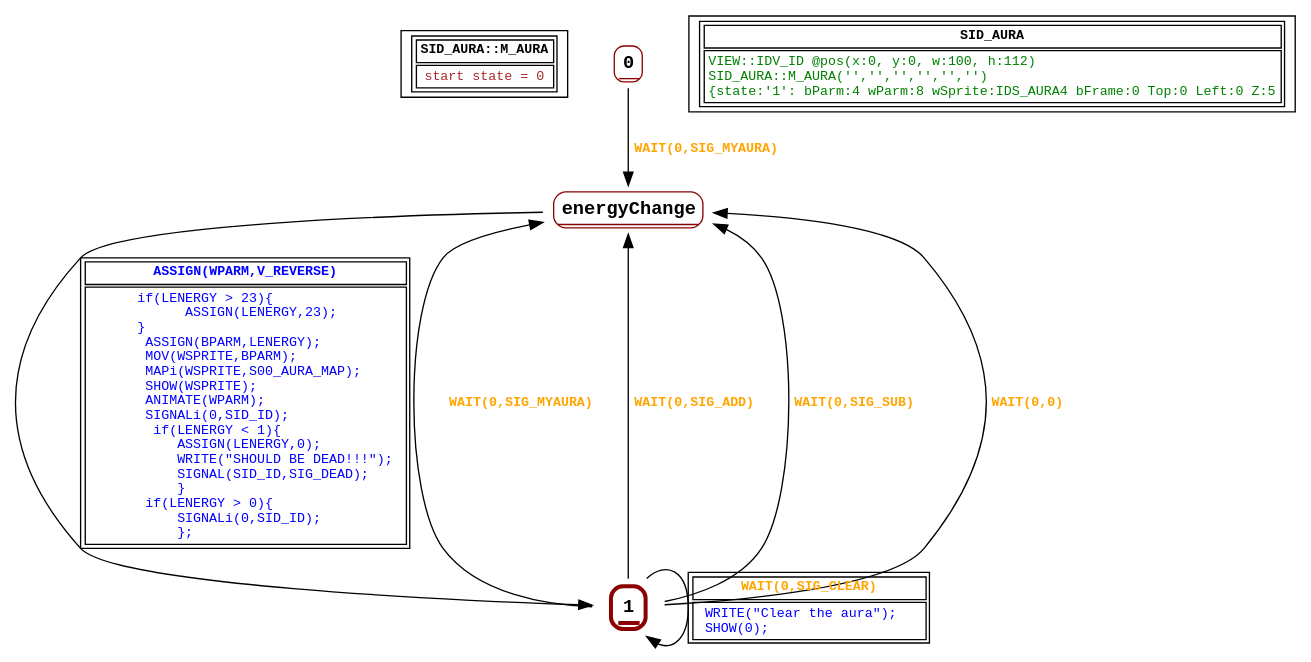
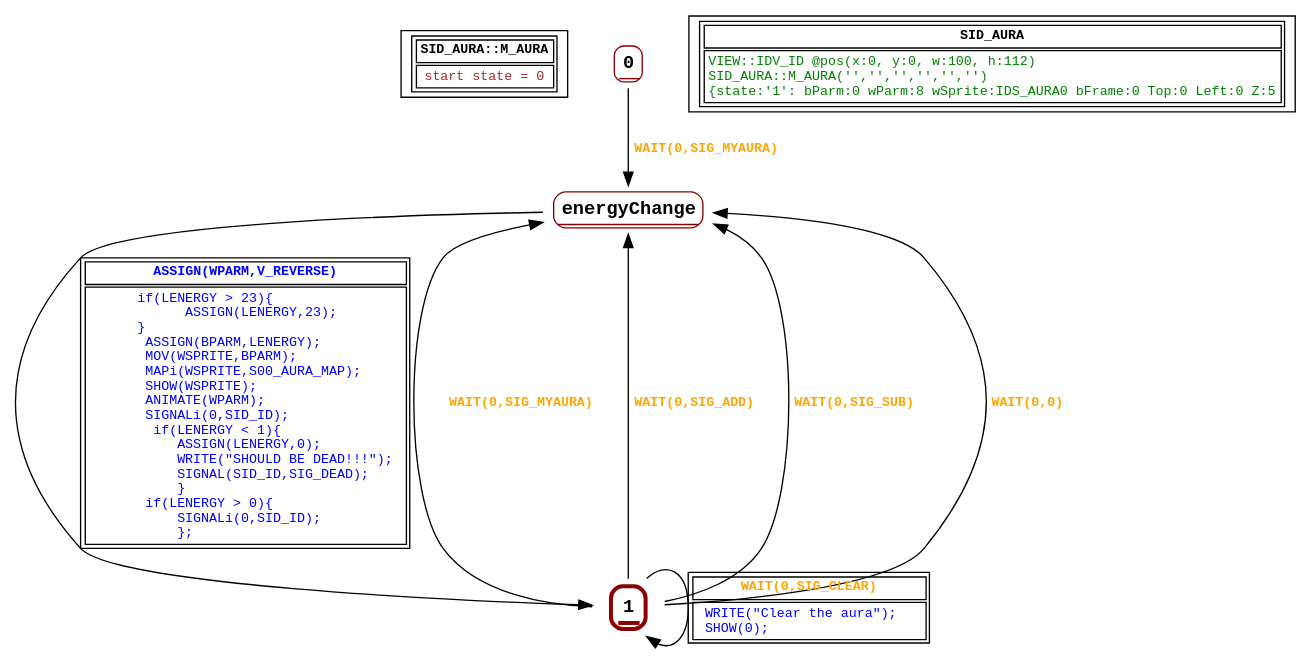
Before and after one commit to guy-stewart/AzariaCD: the diagram in graphs/SID_AURA.dot, drawn with Graphviz. The commit also changed 82 other files, not shown here.

```diff
--- a/graphs/SID_AURA.dot
+++ b/graphs/SID_AURA.dot
@@ -1,37 +1,37 @@
 digraph Automaton {
  fontname="Courier New"
 	node [shape=oval, fontname="Courier New"];
 	filename[shape = record, fontsize=10, label=< <table border="1"><tr><td><b>SID_AURA::M_AURA<br align="left"/></b></td></tr>
 <tr><td><font point-size="10" color ="brown">start state = 0<br align="left"/></font></td></tr></table>>
 ];
 	0[shape = none, fontsize=14, label=< <table border="1" color="darkred" style="rounded"><tr><td sides="b"><b>0<br align="left"/></b></td></tr>
 </table>>];
 "0" -> "energyChange" [fontcolor=orange,fontsize=10,fontname="Courier New", label=< <table border="0"><tr><td><b>WAIT(0,SIG_MYAURA)<br align="left"/></b></td></tr>
 </table>>
 ];
 	1[shape = none, fontsize=14, label=< <table border="3" color="darkred" style="rounded"><tr><td sides="b"><b>1<br align="left"/></b></td></tr>
 </table>>];
 "1" -> "energyChange" [fontcolor=orange,fontsize=10,fontname="Courier New", label=< <table border="0"><tr><td><b>WAIT(0,SIG_MYAURA)<br align="left"/></b></td></tr>
 </table>>
 ];
 "1" -> "energyChange" [fontcolor=orange,fontsize=10,fontname="Courier New", label=< <table border="0"><tr><td><b>WAIT(0,SIG_ADD)<br align="left"/></b></td></tr>
 </table>>
 ];
 "1" -> "energyChange" [fontcolor=orange,fontsize=10,fontname="Courier New", label=< <table border="0"><tr><td><b>WAIT(0,SIG_SUB)<br align="left"/></b></td></tr>
 </table>>
 ];
 "1" -> "1" [fontcolor=orange,fontsize=10,fontname="Courier New", label=< <table border="1"><tr><td><b>WAIT(0,SIG_CLEAR)<br align="left"/></b></td></tr>
 <tr><td><font point-size="10" color ="blue">  WRITE(&quot;Clear the aura&quot;);  <br align="left"/>  SHOW(0);<br align="left"/></font></td></tr></table>>
 ];
 "1" -> "energyChange" [fontcolor=orange,fontsize=10,fontname="Courier New", label=< <table border="0"><tr><td><b>WAIT(0,0)<br align="left"/></b></td></tr>
 </table>>
 ];
 	energyChange[shape = none, fontsize=14, label=< <table border="1" color="darkred" style="rounded"><tr><td sides="b"><b>energyChange<br align="left"/></b></td></tr>
 </table>>];
 "energyChange" -> "1" [fontcolor=blue,fontsize=10,fontname="Courier New", label=< <table border="1"><tr><td><b>ASSIGN(WPARM,V_REVERSE)<br align="left"/></b></td></tr>
 <tr><td><font point-size="10" color ="blue">       if(LENERGY &gt; 23)&#123;<br align="left"/>             ASSIGN(LENERGY,23);<br align="left"/>       &#125;<br align="left"/>        ASSIGN(BPARM,LENERGY);<br align="left"/>        MOV(WSPRITE,BPARM);<br align="left"/>        MAPi(WSPRITE,S00_AURA_MAP);<br align="left"/>        SHOW(WSPRITE);<br align="left"/>        ANIMATE(WPARM);<br align="left"/>        SIGNALi(0,SID_ID);<br align="left"/>         if(LENERGY &lt; 1)&#123;<br align="left"/>            ASSIGN(LENERGY,0);<br align="left"/>            WRITE(&quot;SHOULD BE DEAD!!!&quot;);<br align="left"/>            SIGNAL(SID_ID,SIG_DEAD);<br align="left"/>            &#125;<br align="left"/>        if(LENERGY &gt; 0)&#123;<br align="left"/>            SIGNALi(0,SID_ID);<br align="left"/>            &#125;;  <br align="left"/></font></td></tr></table>>
 ];
 	status[shape = record, fontsize=10, label=< <table border="1"><tr><td><b>SID_AURA<br align="left"/></b></td></tr>
-<tr><td><font point-size="10" color ="green">VIEW::IDV_ID @pos(x:0, y:0, w:100, h:112)<br align="left"/>SID_AURA::M_AURA(&apos;&apos;,&apos;&apos;,&apos;&apos;,&apos;&apos;,&apos;&apos;,&apos;&apos;)<br align="left"/>			&#123;state:&apos;1&apos;: bParm:4 wParm:8 wSprite:IDS_AURA4 bFrame:0 Top:0 Left:0 Z:5<br align="left"/></font></td></tr></table>>
+<tr><td><font point-size="10" color ="green">VIEW::IDV_ID @pos(x:0, y:0, w:100, h:112)<br align="left"/>SID_AURA::M_AURA(&apos;&apos;,&apos;&apos;,&apos;&apos;,&apos;&apos;,&apos;&apos;,&apos;&apos;)<br align="left"/>			&#123;state:&apos;1&apos;: bParm:0 wParm:8 wSprite:IDS_AURA0 bFrame:0 Top:0 Left:0 Z:5<br align="left"/></font></td></tr></table>>
 ];
 }
```
